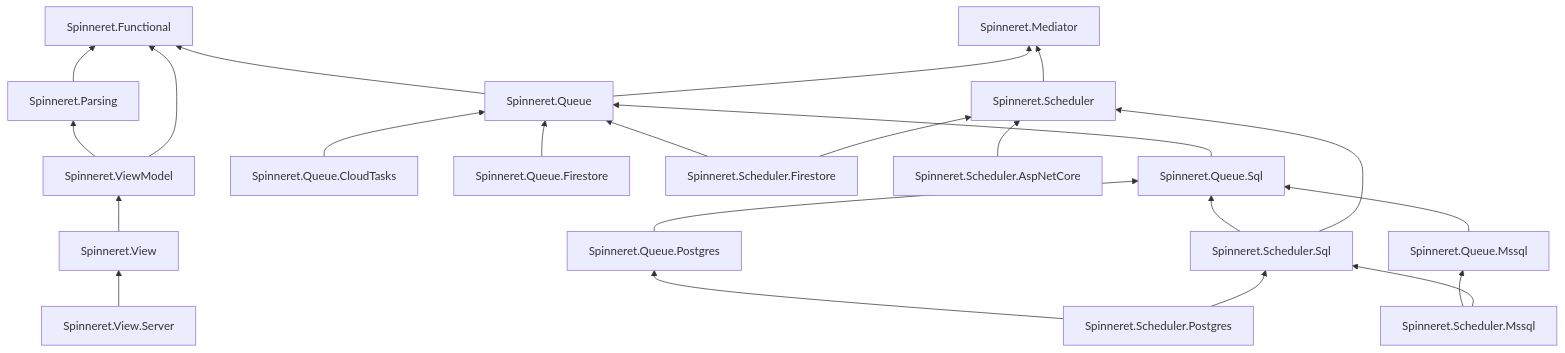
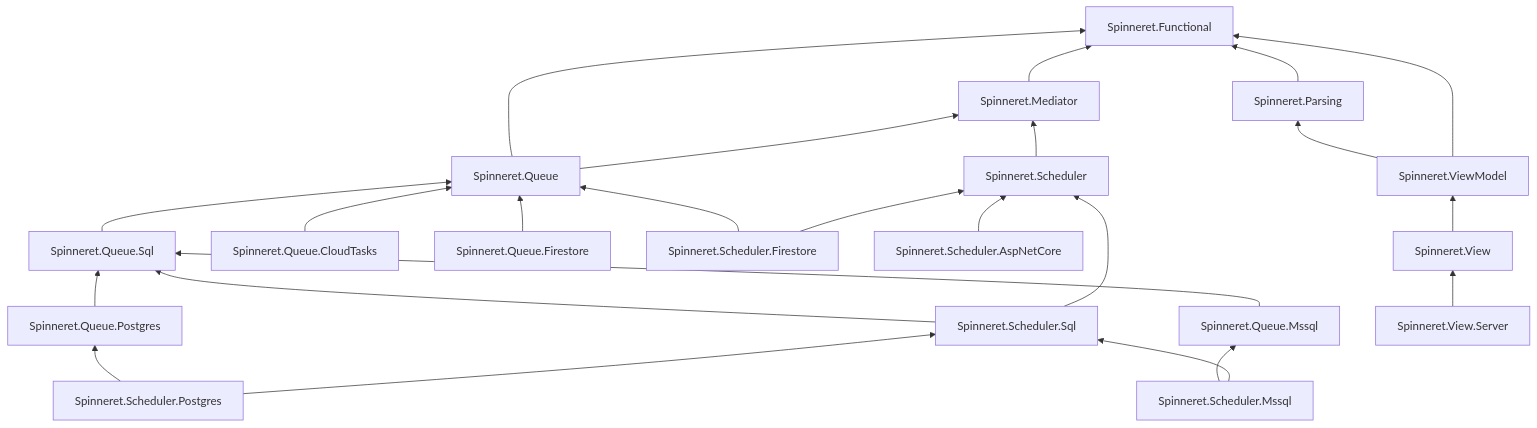
One commit to spinneret-net/spinneret changed the diagram in README.md. Above: the diagram before and after it, drawn with Mermaid. The commit also changed other lines of this file and 34 other files, not shown here.

````diff
--- a/README.md
+++ b/README.md
@@ -296,21 +296,21 @@
 ```mermaid
 graph BT
   Functional["Spinneret.Functional"]
   Parsing["Spinneret.Parsing"] --> Functional
-  Mediator["Spinneret.Mediator"]
+  Mediator["Spinneret.Mediator"] --> Functional
   Queue["Spinneret.Queue"] --> Mediator & Functional
   QueueSql["Spinneret.Queue.Sql"] --> Queue
   QueueMssql["Spinneret.Queue.Mssql"] --> QueueSql
   QueuePostgres["Spinneret.Queue.Postgres"] --> QueueSql
   QueueCloudTasks["Spinneret.Queue.CloudTasks"] --> Queue
   QueueFirestore["Spinneret.Queue.Firestore"] --> Queue
   Scheduler["Spinneret.Scheduler"] --> Mediator
   SchedulerFirestore["Spinneret.Scheduler.Firestore"] --> Scheduler & Queue
   SchedulerSql["Spinneret.Scheduler.Sql"] --> Scheduler & QueueSql
   SchedulerMssql["Spinneret.Scheduler.Mssql"] --> SchedulerSql & QueueMssql
   SchedulerPostgres["Spinneret.Scheduler.Postgres"] --> SchedulerSql & QueuePostgres
   SchedulerAspNetCore["Spinneret.Scheduler.AspNetCore"] --> Scheduler
   ViewModel["Spinneret.ViewModel"] --> Functional & Parsing
   View["Spinneret.View"] --> ViewModel
   ViewServer["Spinneret.View.Server"] --> View
 ```
````
